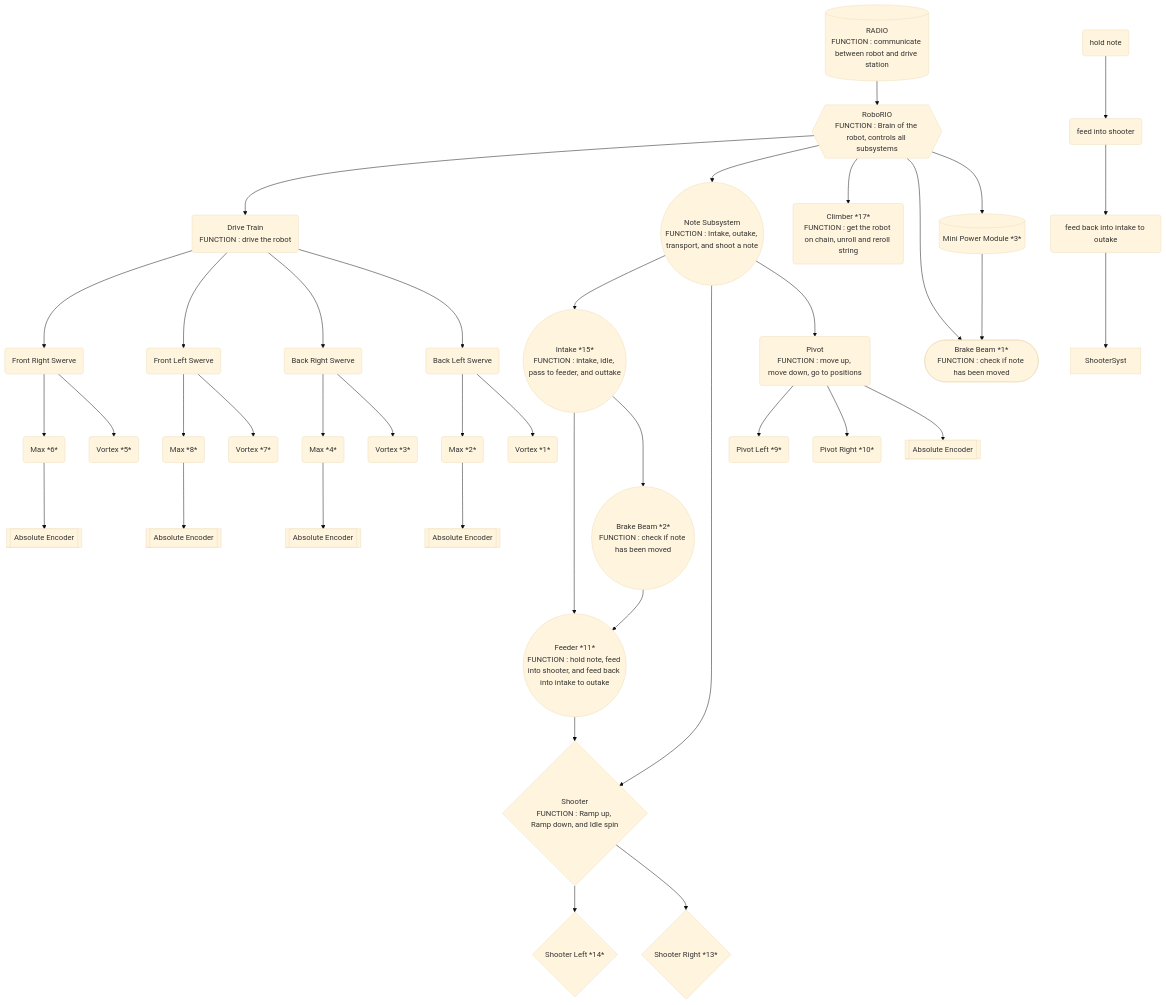
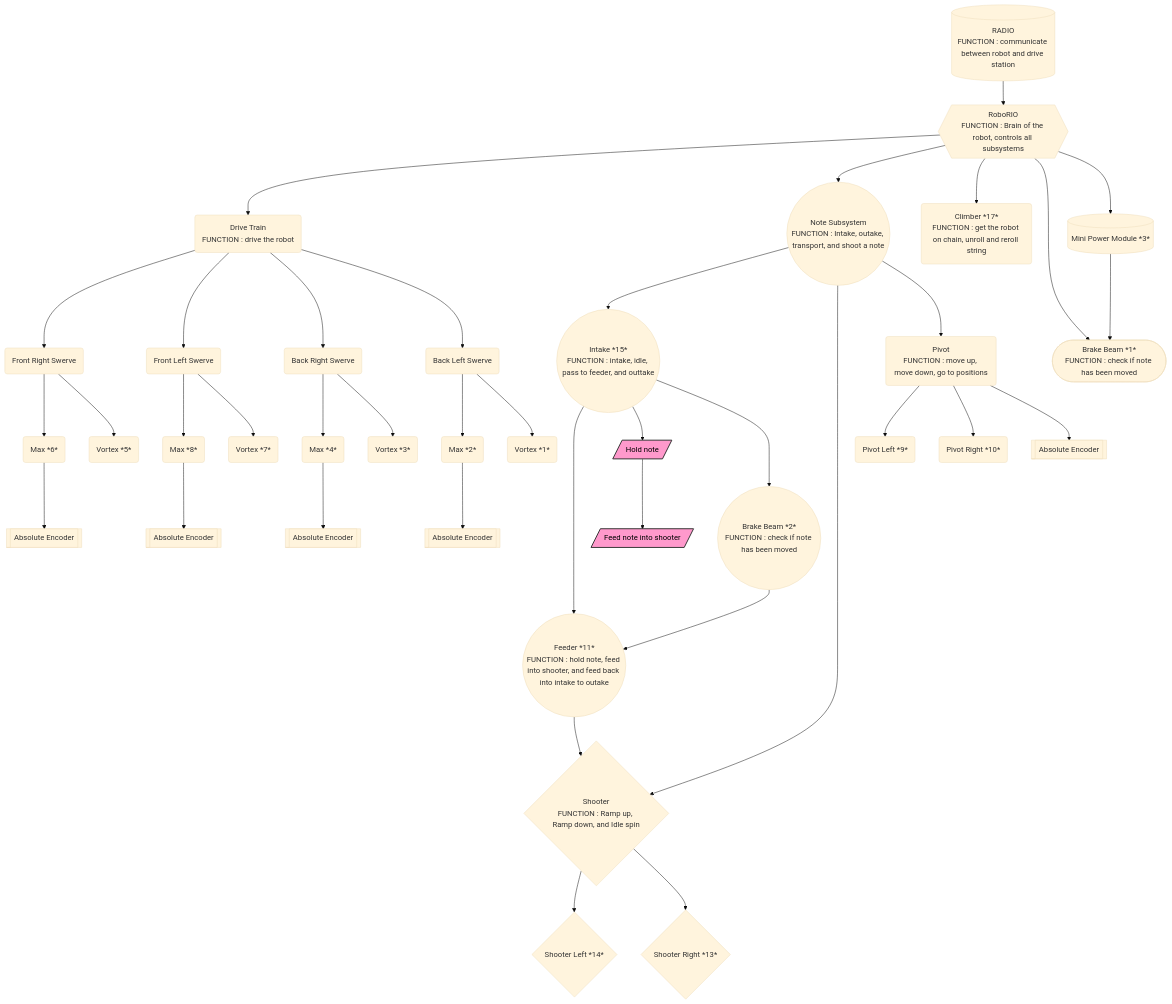
Before and after one commit to richardson-area-wide-robotics/Frc24-Crescendo-1745-OffSeason-AdvantageKit: the diagram in tony_graphs.md, drawn with Mermaid (base theme).

Commit message:
Color coding

````diff
--- a/tony_graphs.md
+++ b/tony_graphs.md
@@ -1,51 +1,54 @@
 ```mermaid
 graph TD;
     RoboRIO{{RoboRIO
 FUNCTION : Brain of the robot, controls all subsystems}}-->DriveTrain;
     DriveTrain(Drive Train
 FUNCTION : drive the robot );
     RoboRIO-->NoteSubsystem((Note Subsystem
 FUNCTION : Intake, outake, transport, and shoot a note));
     NoteSubsystem-->IntakeSystem((Intake *15*
 FUNCTION : intake, idle, pass to feeder, and outtake));
     NoteSubsystem-->ShooterSystem{Shooter
 FUNCTION : Ramp up, Ramp down, and Idle spin};
     ShooterSystem-->ShooterLeft{Shooter Left *14*};
     ShooterSystem-->ShooterRight{Shooter Right *13*};
     RoboRIO-->ClimberSystem(Climber *17*
 FUNCTION : get the robot on chain, unroll and reroll string);
     IntakeSystem-->FeederSystem((Feeder *11*
 FUNCTION : hold note, feed into shooter, and feed back into intake to outake))-->ShooterSystem;
+IntakeSystem-->FUNCINTAKE1;
     NoteSubsystem-->PivotSystem(Pivot
 FUNCTION : move up, move down, go to positions);
     PivotSystem-->PivotLeft(Pivot Left *9*);
     PivotSystem-->PivotRight(Pivot Right *10*);
     DriveTrain-->FrontRightSwerve(Front Right Swerve);
     DriveTrain-->FrontLeftSwerve(Front Left Swerve);
     DriveTrain-->BackRightSwerve(Back Right Swerve);
     DriveTrain-->BackLeftSwerve(Back Left Swerve);
     FrontRightSwerve-->MaxFR(Max *6*);
     FrontLeftSwerve-->MaxFL(Max *8*);
     BackRightSwerve-->MaxBR(Max *4*);
     BackLeftSwerve-->MaxBL(Max *2*);
     FrontRightSwerve-->VortexFR(Vortex *5*);
     FrontLeftSwerve-->VortexFL(Vortex *7*);
     BackRightSwerve-->VortexBR(Vortex *3*);
     BackLeftSwerve-->VortexBL(Vortex *1*);
     MaxFR-->EncoderFR[[Absolute Encoder]];
     MaxFL-->EncoderFL[[Absolute Encoder]];
     MaxBR-->EncoderBR[[Absolute Encoder]];
     MaxBL-->EncoderBL[[Absolute Encoder]];
     PivotSystem-->PivotEncoder[[Absolute Encoder]];
     IntakeSystem--->BrakeBeamNote((Brake Beam *2*
 FUNCTION : check if note has been moved))-->FeederSystem;
     RoboRIO-->ShooterBrakeBeam([Brake Beam *1*
 FUNCTION : check if note has been moved]);
     RoboRIO-->MiniPowerModule[(Mini Power Module *3*)]-->ShooterBrakeBeam;
     RADIO[(RADIO
 FUNCTION : communicate between robot and drive station)]-->RoboRIO;
-FUNCINTAKE1(hold note)-->FUNCINTAKE2;
-    FUNCINTAKE2(feed into shooter)-->FUNCINTAKE3;
-    FUNCINTAKE3(feed back into intake to outake)-->ShooterSyst
+FUNCINTAKE1[/Hold note/]-->FUNCINTAKE2;
+    FUNCINTAKE2[/Feed note into shooter/];
+
+classDef fuctionStyle fill:#f9c,stroke:#333,stroke-width:2px,color:#000;
+    class FUNCINTAKE1,FUNCINTAKE2,FUNCINTAKE3 fuctionStyle;
 
 ```
````
